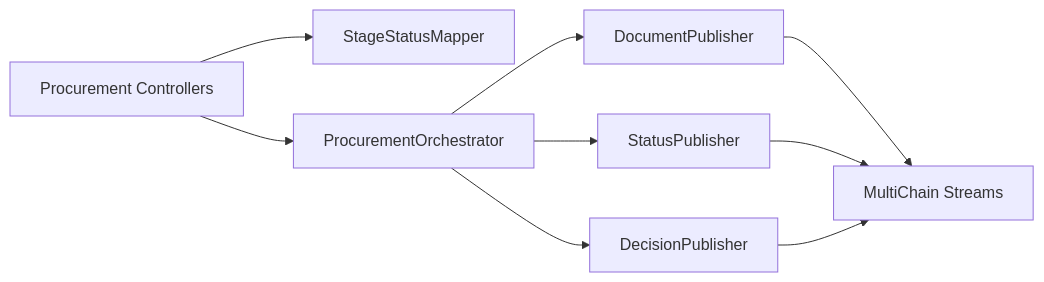
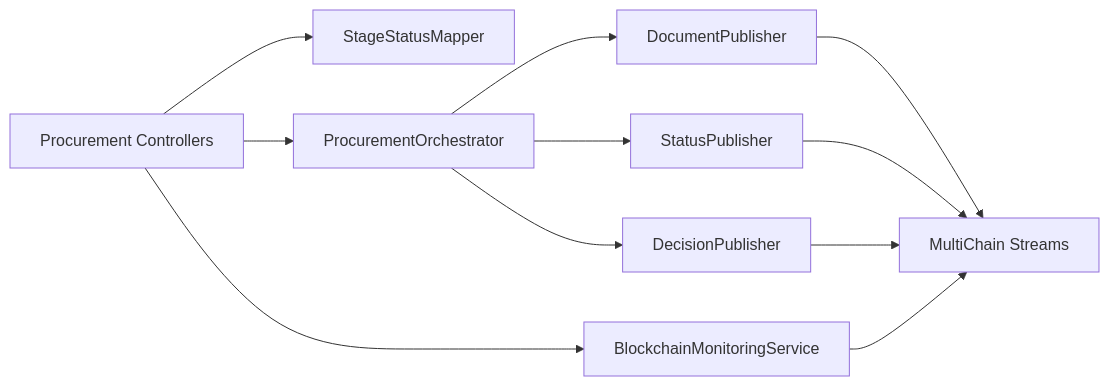
One commit to leodyversemilla07/procuchain changed the second of 2 diagrams in docs/ARCHITECTURE.md. Above: the diagram before and after it, drawn with Mermaid. The commit also changed other lines of this file and 2 other files, not shown here.

Commit message:
docs: update architecture, readme and add testing guide

````diff
--- a/docs/ARCHITECTURE.md
+++ b/docs/ARCHITECTURE.md
@@ -66,12 +66,14 @@
 ```mermaid
 graph LR
     Controller["Procurement Controllers"] --> Mapper["StageStatusMapper"]
     Controller --> Orchestrator["ProcurementOrchestrator"]
     Orchestrator --> DecisionPub["DecisionPublisher"]
     Orchestrator --> DocPub["DocumentPublisher"]
     Orchestrator --> StatusPub["StatusPublisher"]
+    Controller --> Monitor["BlockchainMonitoringService"]
 
     DocPub --> BC["MultiChain Streams"]
     StatusPub --> BC
     DecisionPub --> BC
+    Monitor --> BC
 ```
````
